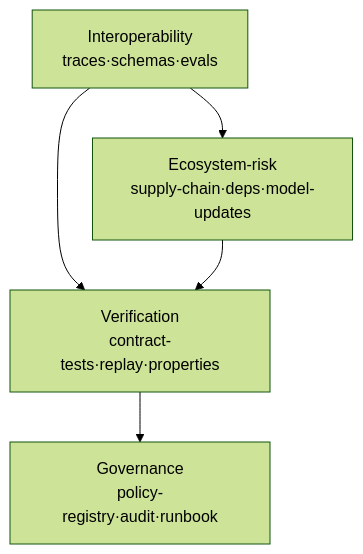
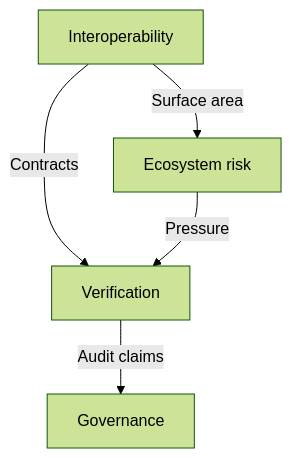
Before and after one commit to rmax-ai/ai-first-software-engineering-book: the first of 2 diagrams in book/chapters/99-future-directions.md, drawn with Mermaid (forest theme). The commit also changed other lines of this file and 35 other files, not shown here.

Commit message:
Regenerate future directions mermaid diagrams

````diff
--- a/book/chapters/99-future-directions.md
+++ b/book/chapters/99-future-directions.md
@@ -34,11 +36,12 @@
-```mermaid
+<pre class="mermaid">
 flowchart TB
-  I["Interoperability<br/>traces·schemas·evals"]
-  V["Verification<br/>contract-tests·replay·properties"]
-  G["Governance<br/>policy-registry·audit·runbook"]
-  R["Ecosystem-risk<br/>supply-chain·deps·model-updates"]
-  I-->V
-  V-->G
-  I-->R
-  R-->V
-```
+  I["Interoperability"]
+  V["Verification"]
+  G["Governance"]
+  R["Ecosystem risk"]
+
+  I -->|Contracts| V
+  V -->|Audit claims| G
+  I -->|Surface area| R
+  R -->|Pressure| V
+</pre>
````
